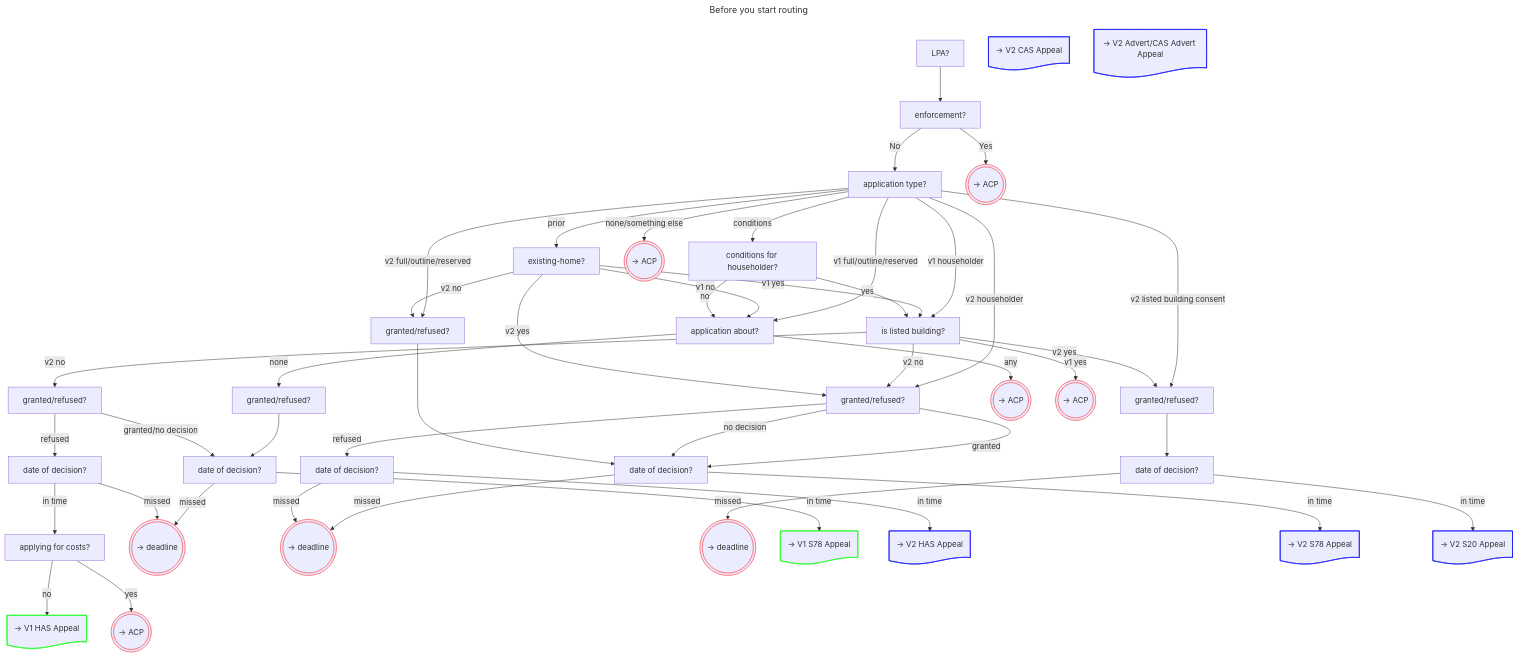
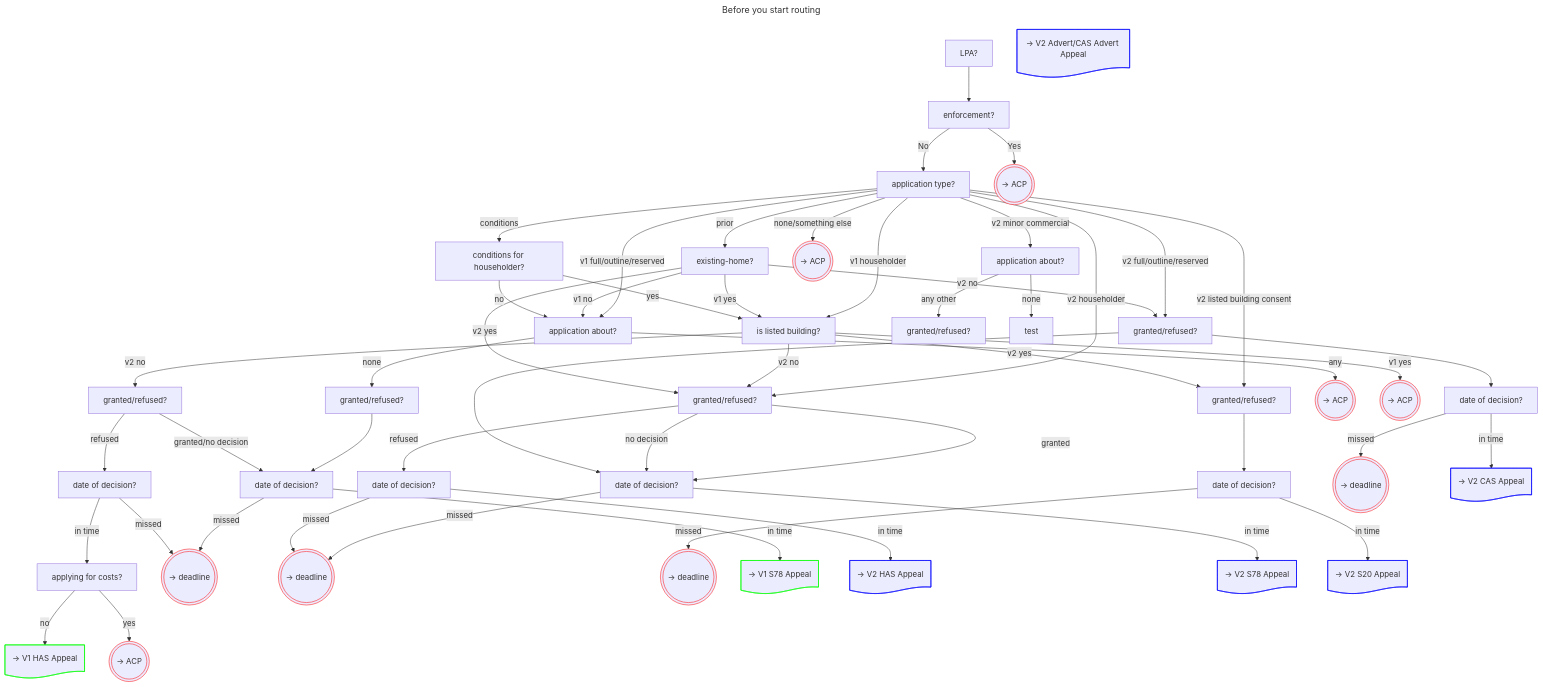
One commit to Planning-Inspectorate/appeal-planning-decision changed the diagram in docs/before-you-start.md. Above: the diagram before and after it, drawn with Mermaid.

Commit message:
docs(a2-3224): cas planning BYS flowchart

```diff
--- a/docs/before-you-start.md
+++ b/docs/before-you-start.md
@@ -11,12 +11,14 @@
     enf[enforcement?]
     app[application type?]
     appAbout[application about?]
+    appAboutCAS[application about?]
     listed[is listed building?]
     existingHome[existing-home?]
     conditionsHouseHolder[conditions for householder?]
     costsHouseHolder[applying for costs?]
     refused[granted/refused?]
     refusedV2[granted/refused?]
+    refusedV2CAS[granted/refused?]
     refusedHouseHolder[granted/refused?]
     refusedHouseHolderV2[granted/refused?]
     refusedListedV2[granted/refused?]
@@ -27,18 +29,20 @@
     dateHouseHolder[date of decision?]
     dateHouseHolderV2[date of decision?]
     dateListedV2[date of decision?]
+    dateV2CAS[date of decision?]
 
     %% Exit paths, multiple acp nodes to simplify graph rendering
     deadline(((-> deadline)))
     deadline2(((-> deadline)))
     deadline3(((-> deadline)))
+    deadline4(((-> deadline)))
     acp(((-> ACP)))
     acp2(((-> ACP)))
     acp3(((-> ACP)))
     acp4(((-> ACP)))
     acp5(((-> ACP)))
     classDef exitStyle stroke:#ff0000,stroke-width:1px;
-    class acp,acp2,acp3,acp4,acp5,deadline,deadline2,deadline3 exitStyle;
+    class acp,acp2,acp3,acp4,acp5,deadline,deadline2,deadline3,deadline4 exitStyle;
 
     %% Forms
     v1HAS@{ shape: doc, label: "-> V1 HAS Appeal" }
@@ -94,6 +98,14 @@
     app -- v2 listed building consent --> refusedListedV2
     app -- v2 householder --> refusedHouseHolderV2
     app -- conditions --> conditionsHouseHolder
+    app -- v2 minor commercial --> appAboutCAS
+
+    appAboutCAS -- none --> test
+    appAboutCAS -- any other -->  refusedV2CAS
+    refusedV2 --> dateV2CAS
+
+    dateV2CAS -- missed --> deadline4
+    dateV2CAS -- in time --> v2CAS
 
     listed -- v2 yes --> refusedListedV2
     listed -- v2 no --> refusedHouseHolder
```
